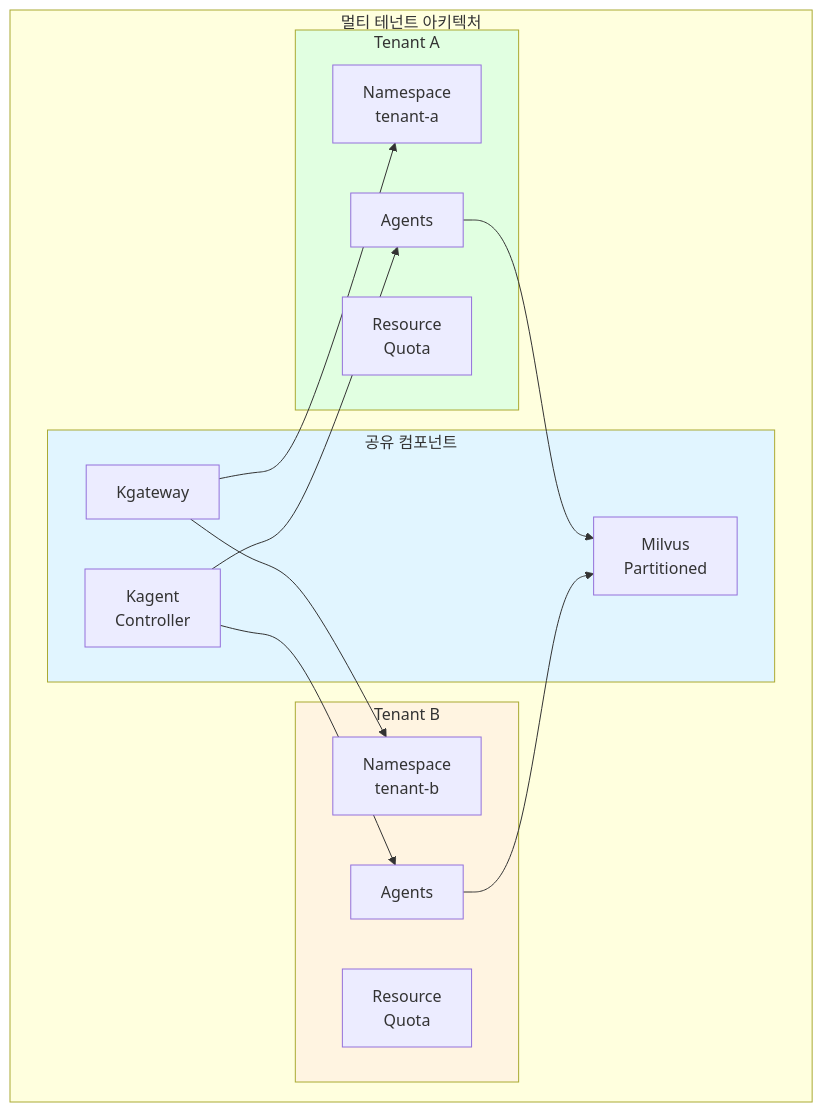
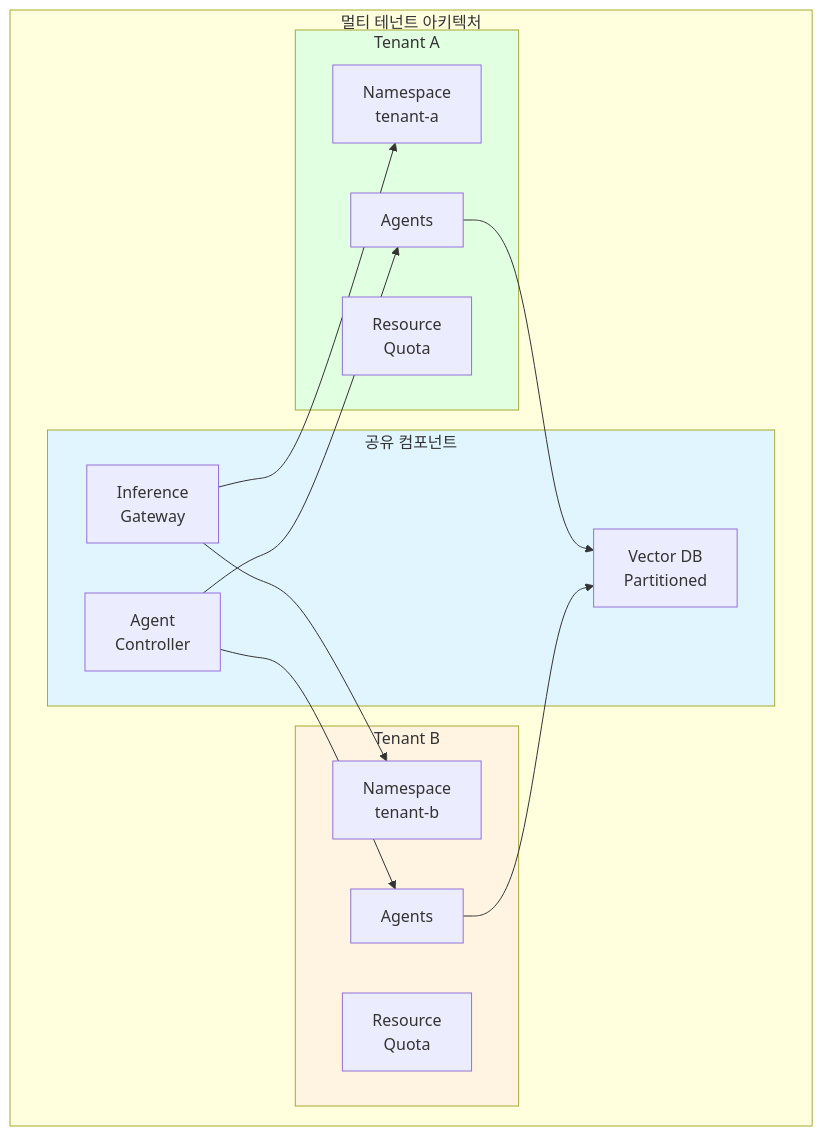
The seventh of 9 diagrams in docs/agentic-ai-platform/design-architecture/agentic-platform-architecture.md (devfloor9/engineering-playbook), drawn with Mermaid before and after one commit. The commit also changed other lines of this file and 6 other files, not shown here.

First line of the commit message:
refactor: design-architecture 문서 흐름 재구성 + 콘텐츠 재배치

````diff
--- a/docs/agentic-ai-platform/design-architecture/agentic-platform-architecture.md
+++ b/docs/agentic-ai-platform/design-architecture/agentic-platform-architecture.md
@@ -760,33 +377,33 @@
 ```mermaid
 flowchart TD
     subgraph MultiTenant["멀티 테넌트 아키텍처"]
         subgraph Shared["공유 컴포넌트"]
-            GW["Kgateway"]
-            KAGENT["Kagent<br/>Controller"]
-            MILVUS["Milvus<br/>Partitioned"]
+            GW["Inference<br/>Gateway"]
+            CTRL["Agent<br/>Controller"]
+            VECTOR["Vector DB<br/>Partitioned"]
         end
 
         subgraph TenantA["Tenant A"]
             NS_A["Namespace<br/>tenant-a"]
             AGENT_A["Agents"]
             QUOTA_A["Resource<br/>Quota"]
         end
 
         subgraph TenantB["Tenant B"]
             NS_B["Namespace<br/>tenant-b"]
             AGENT_B["Agents"]
             QUOTA_B["Resource<br/>Quota"]
         end
     end
 
     GW --> NS_A
     GW --> NS_B
-    KAGENT --> AGENT_A
-    KAGENT --> AGENT_B
-    AGENT_A --> MILVUS
-    AGENT_B --> MILVUS
+    CTRL --> AGENT_A
+    CTRL --> AGENT_B
+    AGENT_A --> VECTOR
+    AGENT_B --> VECTOR
 
     style Shared fill:#e1f5ff
     style TenantA fill:#e1ffe1
     style TenantB fill:#fff4e1
 ```
````
